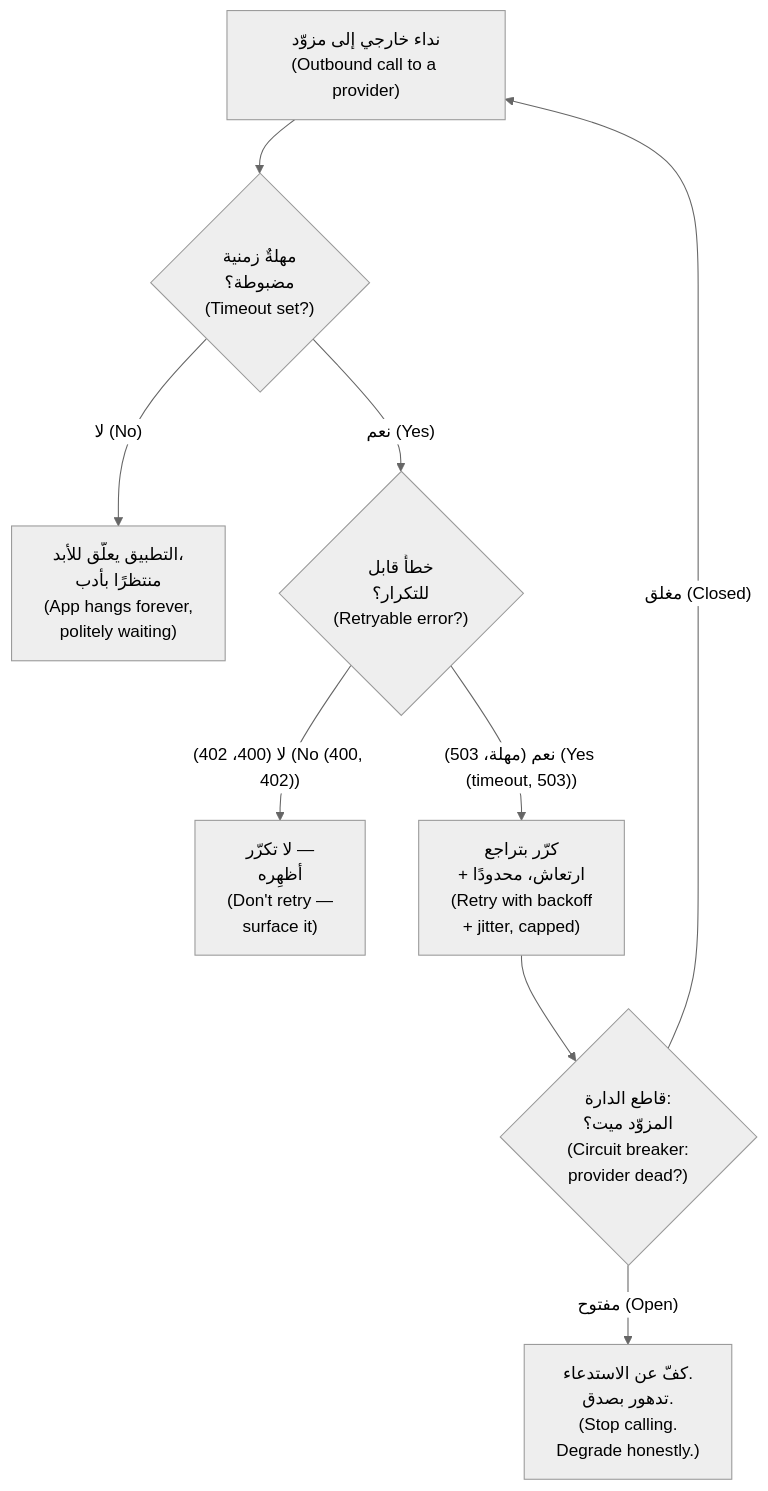
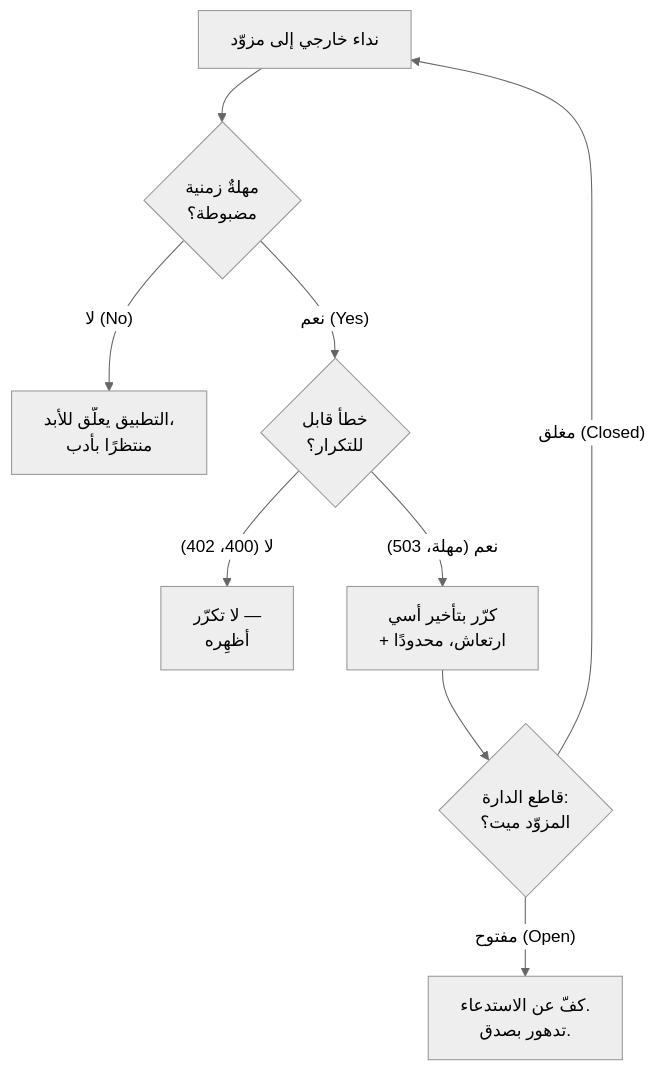
The seventh of 7 diagrams in modules/06-many-clients/module.ar.md (Tamoura/system-design-for-vibe-coders), drawn with Mermaid (neutral theme) before and after one commit. The commit also changed other lines of this file and 551 other files, not shown here.

````diff
--- a/modules/06-many-clients/module.ar.md
+++ b/modules/06-many-clients/module.ar.md
@@ -826,11 +828,11 @@
 ```mermaid
 flowchart TD
-    CALL["نداء خارجي إلى مزوّد<br/>(Outbound call to a provider)"] --> T{"مهلةٌ زمنية<br/>مضبوطة؟<br/>(Timeout set?)"}
-    T -->|"لا (No)"| HANG["التطبيق يعلّق للأبد،<br/>منتظرًا بأدب<br/>(App hangs forever,<br/>politely waiting)"]
-    T -->|"نعم (Yes)"| R{"خطأٌ قابل<br/>للتكرار؟<br/>(Retryable error?)"}
-    R -->|"لا (400، 402) (No (400, 402))"| STOP["لا تكرّر —<br/>أظهِره<br/>(Don't retry —<br/>surface it)"]
-    R -->|"نعم (مهلة، 503) (Yes (timeout, 503))"| BACK["كرّر بتراجع<br/>+ ارتعاش، محدودًا<br/>(Retry with backoff<br/>+ jitter, capped)"]
-    BACK --> CB{"قاطع الدارة:<br/>المزوّد ميت؟<br/>(Circuit breaker:<br/>provider dead?)"}
-    CB -->|"مفتوح (Open)"| DEGRADE["كفّ عن الاستدعاء.<br/>تدهور بصدق.<br/>(Stop calling.<br/>Degrade honestly.)"]
+    CALL["نداء خارجي إلى مزوّد"] --> T{"مهلةٌ زمنية<br/>مضبوطة؟"}
+    T -->|"لا (No)"| HANG["التطبيق يعلّق للأبد،<br/>منتظرًا بأدب"]
+    T -->|"نعم (Yes)"| R{"خطأٌ قابل<br/>للتكرار؟"}
+    R -->|"لا (400، 402)"| STOP["لا تكرّر —<br/>أظهِره"]
+    R -->|"نعم (مهلة، 503)"| BACK["كرّر بتأخير أسي<br/>+ ارتعاش، محدودًا"]
+    BACK --> CB{"قاطع الدارة:<br/>المزوّد ميت؟"}
+    CB -->|"مفتوح (Open)"| DEGRADE["كفّ عن الاستدعاء.<br/>تدهور بصدق."]
     CB -->|"مغلق (Closed)"| CALL
 ```
````
